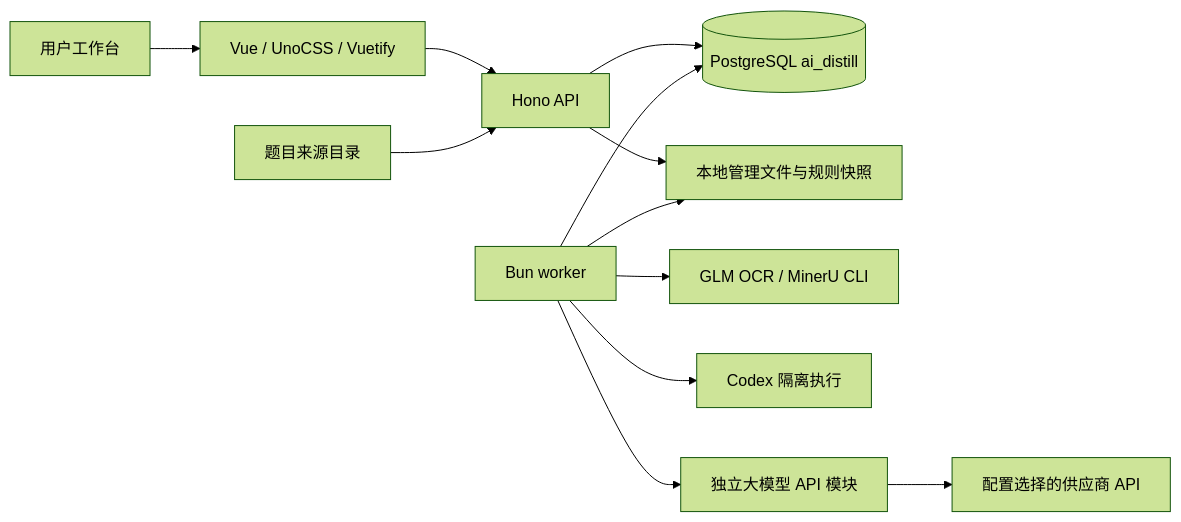
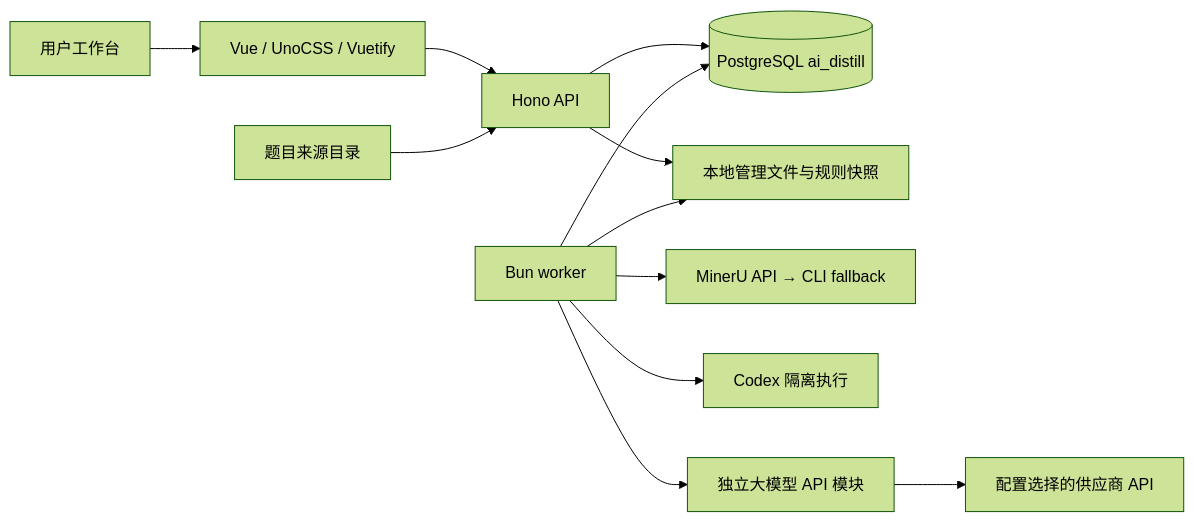
Before and after one commit to oushihao08/ai-distill: the diagram in docs/architecture.md, drawn with Mermaid (forest theme). The commit also changed other lines of this file and 424 other files, not shown here.

````diff
--- a/docs/architecture.md
+++ b/docs/architecture.md
@@ -18,14 +20,14 @@
 ```mermaid
 flowchart LR
   User[用户工作台] --> Web[Vue / UnoCSS / Vuetify]
   Web --> API[Hono API]
   API --> DB[(PostgreSQL ai_distill)]
   API --> Files[本地管理文件与规则快照]
   Worker[Bun worker] --> DB
   Worker --> Files
-  Worker --> PDF[GLM OCR / MinerU CLI]
+  Worker --> PDF[MinerU API → CLI fallback]
   Worker --> Codex[Codex 隔离执行]
   Worker --> ModelAPI[独立大模型 API 模块]
   ModelAPI --> Models[配置选择的供应商 API]
   Source[题目来源目录] --> API
 ```
````
